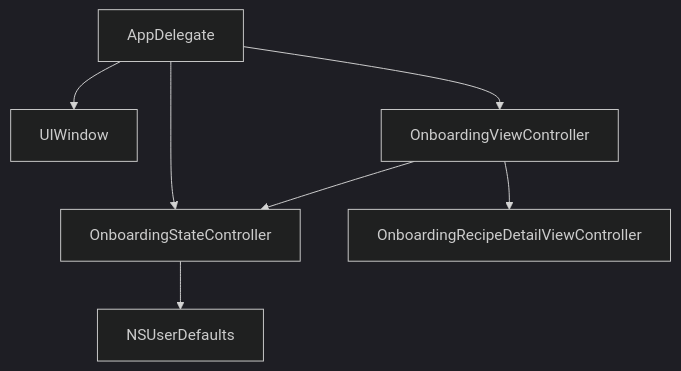
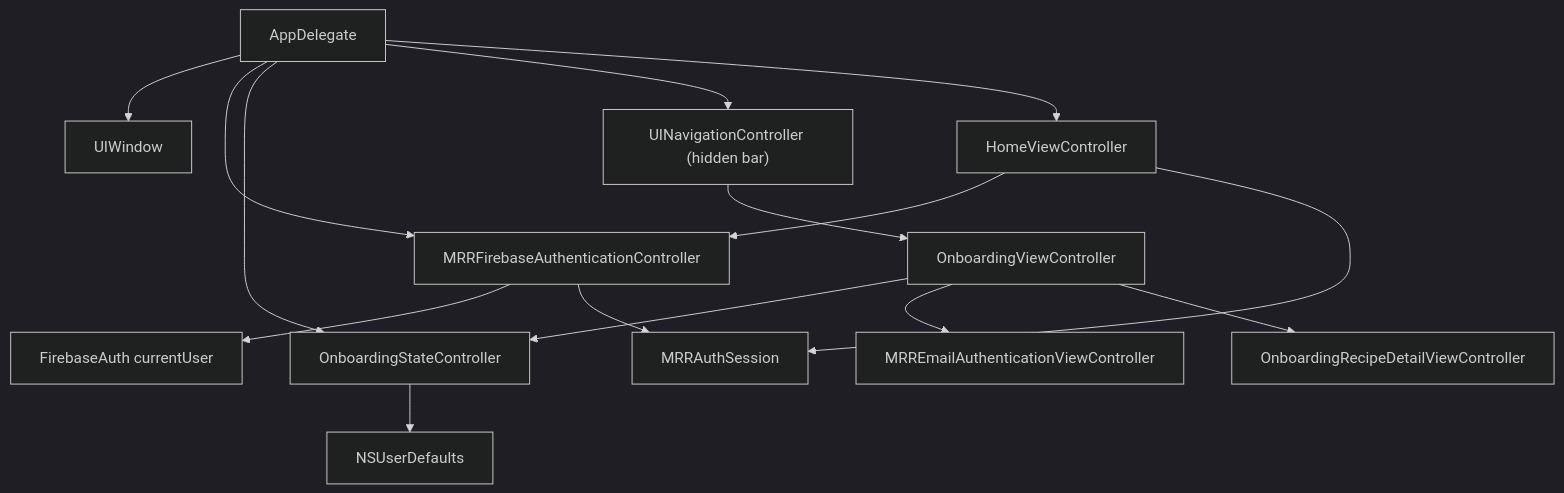
The third of 6 diagrams in ARCHITECTURE.md (bengidev/ios-mrr-experiment), drawn with Mermaid (dark theme) before and after one commit. The commit also changed other lines of this file and 15 other files, not shown here.

````diff
--- a/ARCHITECTURE.md
+++ b/ARCHITECTURE.md
@@ -74,16 +106,30 @@
 ```mermaid
 flowchart TB
   app["AppDelegate"]
   window["UIWindow"]
+  auth["MRRFirebaseAuthenticationController"]
+  session["MRRAuthSession"]
   state["OnboardingStateController"]
+  nav["UINavigationController (hidden bar)"]
   onboarding["OnboardingViewController"]
+  email["MRREmailAuthenticationViewController"]
   detail["OnboardingRecipeDetailViewController"]
+  home["HomeViewController"]
   defaults["NSUserDefaults"]
+  firebase["FirebaseAuth currentUser"]
 
   app --> window
+  app --> auth
   app --> state
   state --> defaults
-  app --> onboarding
+  auth --> firebase
+  auth --> session
+  app --> nav
+  nav --> onboarding
   onboarding --> state
+  onboarding --> email
   onboarding --> detail
+  app --> home
+  home --> auth
+  home --> session
 ```
````
